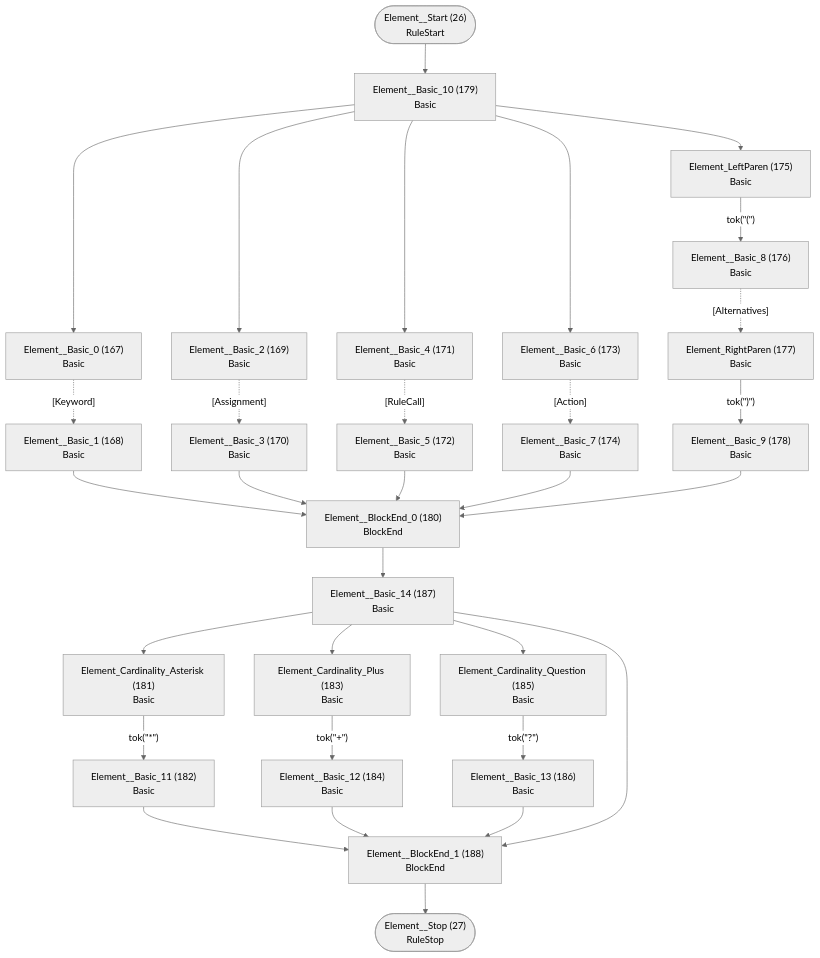
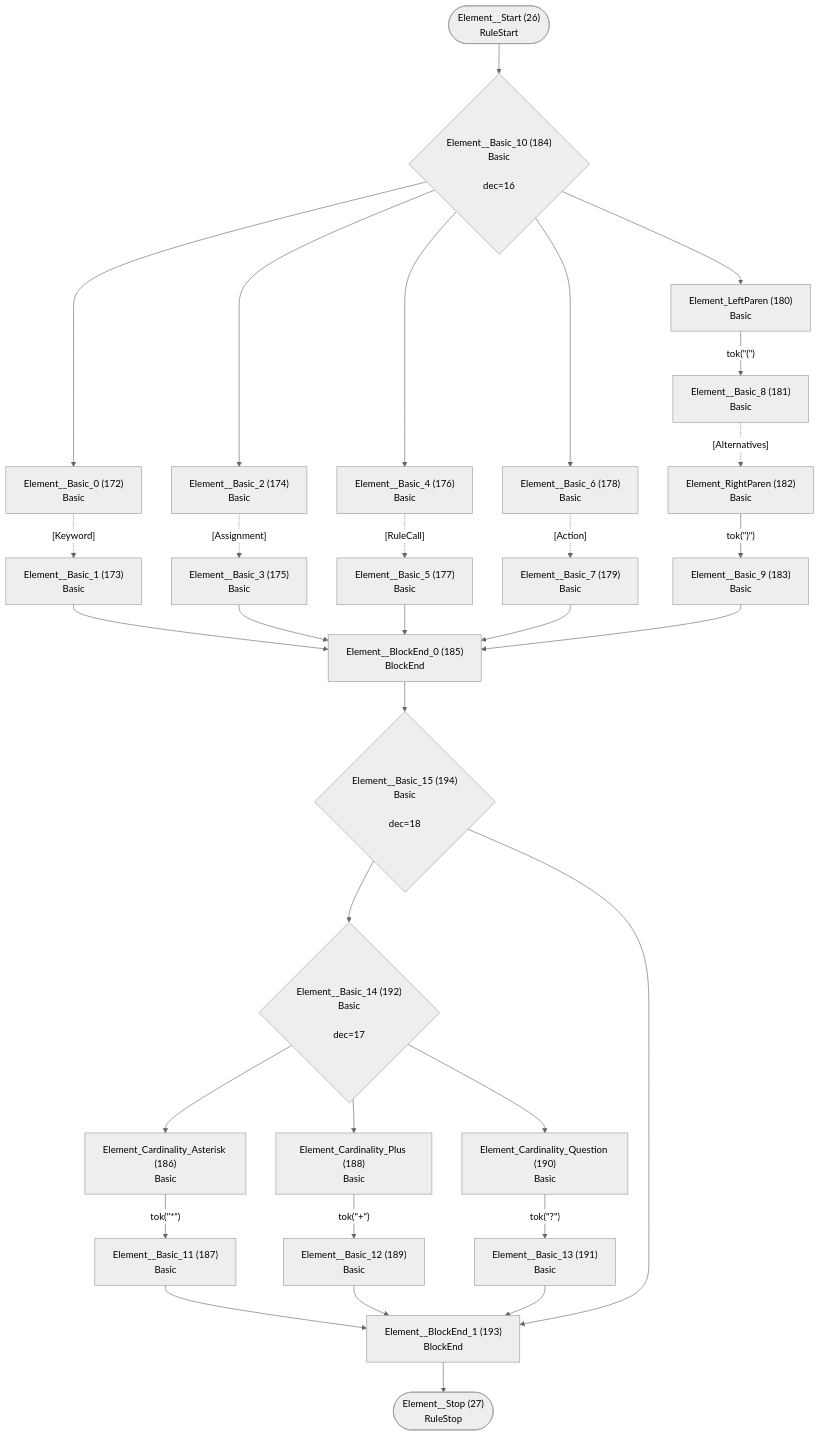
One commit to TypeFox/fastbelt changed diagram 14 of 26 in internal/grammar/atn.md. Above: the diagram before and after it, drawn with Mermaid (neutral theme). The commit also changed other lines of this file and 53 other files, not shown here.

````diff
--- a/internal/grammar/atn.md
+++ b/internal/grammar/atn.md
@@ -388,58 +398,60 @@
 ```mermaid
 flowchart TD
     q26(["Element__Start (26)<br/>RuleStart"])
     q27(["Element__Stop (27)<br/>RuleStop"])
-    q167["Element__Basic_0 (167)<br/>Basic<br/>"]
-    q168["Element__Basic_1 (168)<br/>Basic<br/>"]
-    q169["Element__Basic_2 (169)<br/>Basic<br/>"]
-    q170["Element__Basic_3 (170)<br/>Basic<br/>"]
-    q171["Element__Basic_4 (171)<br/>Basic<br/>"]
-    q172["Element__Basic_5 (172)<br/>Basic<br/>"]
-    q173["Element__Basic_6 (173)<br/>Basic<br/>"]
-    q174["Element__Basic_7 (174)<br/>Basic<br/>"]
-    q175["Element_LeftParen (175)<br/>Basic<br/>"]
-    q176["Element__Basic_8 (176)<br/>Basic<br/>"]
-    q177["Element_RightParen (177)<br/>Basic<br/>"]
-    q178["Element__Basic_9 (178)<br/>Basic<br/>"]
-    q179["Element__Basic_10 (179)<br/>Basic<br/>"]
-    q180["Element__BlockEnd_0 (180)<br/>BlockEnd<br/>"]
-    q181["Element_Cardinality_Asterisk (181)<br/>Basic<br/>"]
-    q182["Element__Basic_11 (182)<br/>Basic<br/>"]
-    q183["Element_Cardinality_Plus (183)<br/>Basic<br/>"]
-    q184["Element__Basic_12 (184)<br/>Basic<br/>"]
-    q185["Element_Cardinality_Question (185)<br/>Basic<br/>"]
-    q186["Element__Basic_13 (186)<br/>Basic<br/>"]
-    q187["Element__Basic_14 (187)<br/>Basic<br/>"]
-    q188["Element__BlockEnd_1 (188)<br/>BlockEnd<br/>"]
+    q172["Element__Basic_0 (172)<br/>Basic<br/>"]
+    q173["Element__Basic_1 (173)<br/>Basic<br/>"]
+    q174["Element__Basic_2 (174)<br/>Basic<br/>"]
+    q175["Element__Basic_3 (175)<br/>Basic<br/>"]
+    q176["Element__Basic_4 (176)<br/>Basic<br/>"]
+    q177["Element__Basic_5 (177)<br/>Basic<br/>"]
+    q178["Element__Basic_6 (178)<br/>Basic<br/>"]
+    q179["Element__Basic_7 (179)<br/>Basic<br/>"]
+    q180["Element_LeftParen (180)<br/>Basic<br/>"]
+    q181["Element__Basic_8 (181)<br/>Basic<br/>"]
+    q182["Element_RightParen (182)<br/>Basic<br/>"]
+    q183["Element__Basic_9 (183)<br/>Basic<br/>"]
+    q184{"Element__Basic_10 (184)<br/>Basic<br/><br/>dec=16"}
+    q185["Element__BlockEnd_0 (185)<br/>BlockEnd<br/>"]
+    q186["Element_Cardinality_Asterisk (186)<br/>Basic<br/>"]
+    q187["Element__Basic_11 (187)<br/>Basic<br/>"]
+    q188["Element_Cardinality_Plus (188)<br/>Basic<br/>"]
+    q189["Element__Basic_12 (189)<br/>Basic<br/>"]
+    q190["Element_Cardinality_Question (190)<br/>Basic<br/>"]
+    q191["Element__Basic_13 (191)<br/>Basic<br/>"]
+    q192{"Element__Basic_14 (192)<br/>Basic<br/><br/>dec=17"}
+    q193["Element__BlockEnd_1 (193)<br/>BlockEnd<br/>"]
+    q194{"Element__Basic_15 (194)<br/>Basic<br/><br/>dec=18"}
 
-    q26 --> q179
-    q167 -.->|"[Keyword]"| q168
-    q168 --> q180
-    q169 -.->|"[Assignment]"| q170
-    q170 --> q180
-    q171 -.->|"[RuleCall]"| q172
-    q172 --> q180
-    q173 -.->|"[Action]"| q174
-    q174 --> q180
-    q175 -->|"tok(&quot;(&quot;)"| q176
-    q176 -.->|"[Alternatives]"| q177
-    q177 -->|"tok(&quot;)&quot;)"| q178
-    q178 --> q180
-    q179 --> q167
-    q179 --> q169
-    q179 --> q171
-    q179 --> q173
-    q179 --> q175
-    q180 --> q187
-    q181 -->|"tok(&quot;*&quot;)"| q182
-    q182 --> q188
-    q183 -->|"tok(&quot;+&quot;)"| q184
-    q184 --> q188
-    q185 -->|"tok(&quot;?&quot;)"| q186
-    q186 --> q188
-    q187 --> q181
-    q187 --> q183
-    q187 --> q185
-    q187 --> q188
-    q188 --> q27
+    q26 --> q184
+    q172 -.->|"[Keyword]"| q173
+    q173 --> q185
+    q174 -.->|"[Assignment]"| q175
+    q175 --> q185
+    q176 -.->|"[RuleCall]"| q177
+    q177 --> q185
+    q178 -.->|"[Action]"| q179
+    q179 --> q185
+    q180 -->|"tok(&quot;(&quot;)"| q181
+    q181 -.->|"[Alternatives]"| q182
+    q182 -->|"tok(&quot;)&quot;)"| q183
+    q183 --> q185
+    q184 --> q172
+    q184 --> q174
+    q184 --> q176
+    q184 --> q178
+    q184 --> q180
+    q185 --> q194
+    q186 -->|"tok(&quot;*&quot;)"| q187
+    q187 --> q193
+    q188 -->|"tok(&quot;+&quot;)"| q189
+    q189 --> q193
+    q190 -->|"tok(&quot;?&quot;)"| q191
+    q191 --> q193
+    q192 --> q186
+    q192 --> q188
+    q192 --> q190
+    q193 --> q27
+    q194 --> q192
+    q194 --> q193
 ```
````
